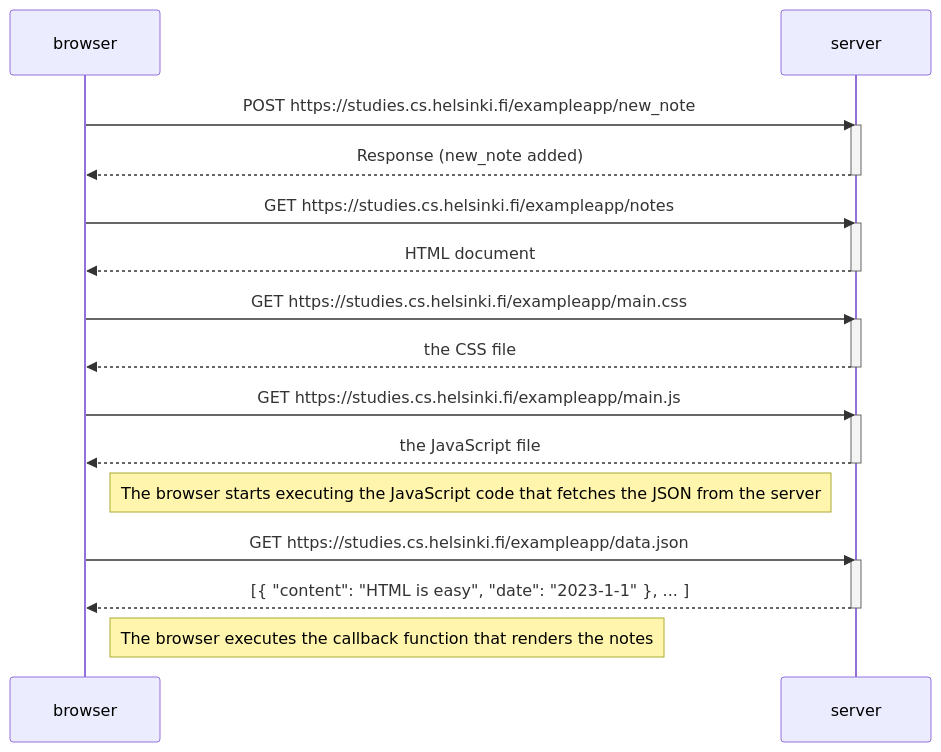
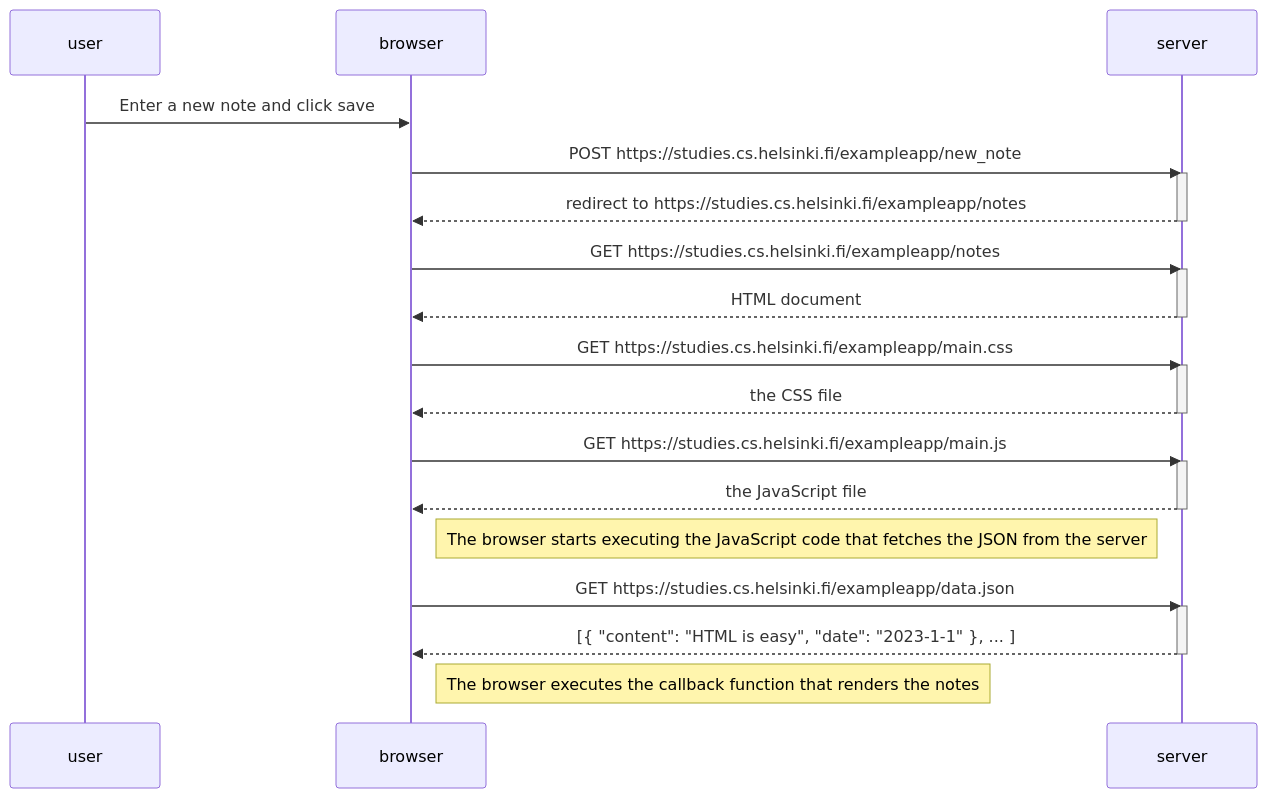
One commit to nkanagno/my-submissions changed the diagram in part0/0.4.New_note_diagram/New_note_diagram.md. Above: the diagram before and after it, drawn with Mermaid. The commit also changed 2 other files, not shown here.

Commit message:
add part0

````diff
--- a/part0/0.4.New_note_diagram/New_note_diagram.md
+++ b/part0/0.4.New_note_diagram/New_note_diagram.md
@@ -1,34 +1,36 @@
 ```mermaid
 sequenceDiagram
+    participant user
     participant browser
-    participant server
+    participant server 
 
+    user->>browser: Enter a new note and click save
     browser->>server: POST https://studies.cs.helsinki.fi/exampleapp/new_note
     activate server
-    server-->>browser: Response (new_note added)
+    server-->>browser: redirect to https://studies.cs.helsinki.fi/exampleapp/notes
     deactivate server
 
     browser->>server: GET https://studies.cs.helsinki.fi/exampleapp/notes
     activate server
     server-->>browser: HTML document
     deactivate server
 
     browser->>server: GET https://studies.cs.helsinki.fi/exampleapp/main.css
     activate server
     server-->>browser: the CSS file
     deactivate server
 
     browser->>server: GET https://studies.cs.helsinki.fi/exampleapp/main.js
     activate server
     server-->>browser: the JavaScript file
     deactivate server
 
     Note right of browser: The browser starts executing the JavaScript code that fetches the JSON from the server
 
     browser->>server: GET https://studies.cs.helsinki.fi/exampleapp/data.json
     activate server
     server-->>browser: [{ "content": "HTML is easy", "date": "2023-1-1" }, ... ]
     deactivate server
 
     Note right of browser: The browser executes the callback function that renders the notes
 ```
````
